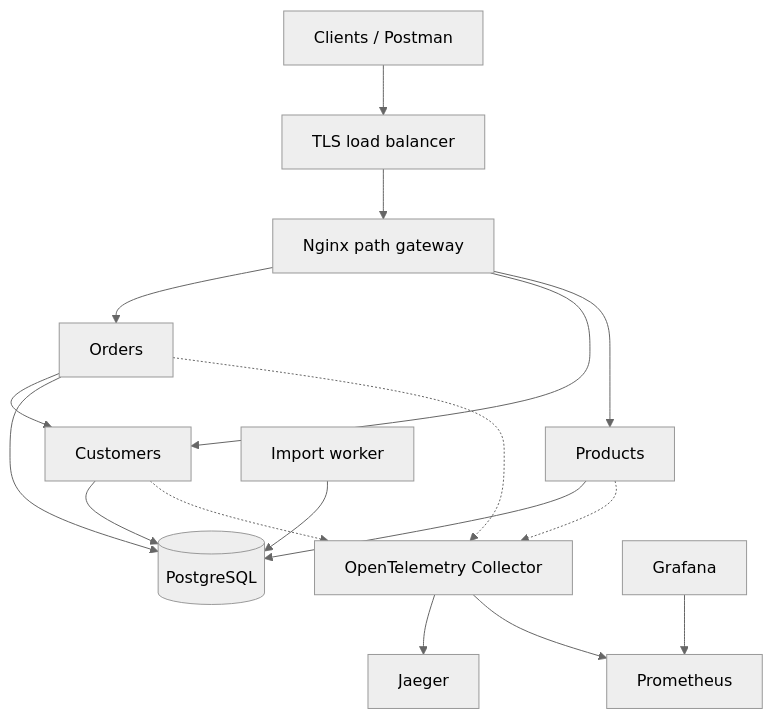
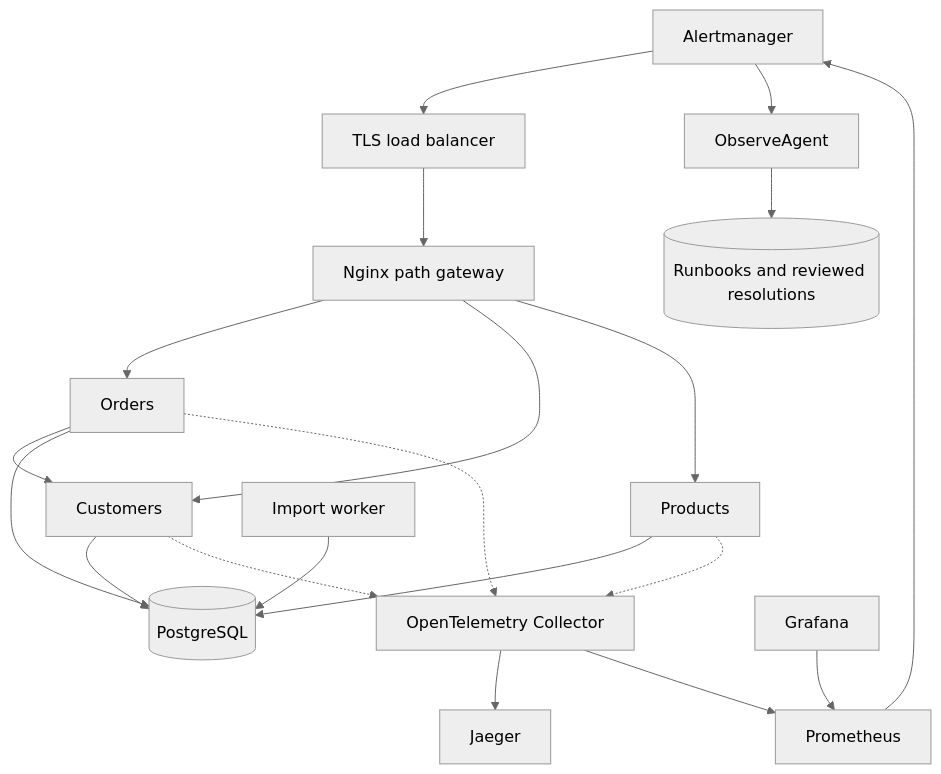
Before and after one commit to sangeetjena/practice: the diagram in API/docs/SYSTEM_DESIGN.md, drawn with Mermaid (neutral theme). The commit also changed other lines of this file, not shown here.

````diff
--- a/API/docs/SYSTEM_DESIGN.md
+++ b/API/docs/SYSTEM_DESIGN.md
@@ -53,19 +53,22 @@
 ```mermaid
 flowchart TD
     A[Clients / Postman] --> B[TLS load balancer]
     B --> C[Nginx path gateway]
     C --> O[Orders]
     C --> U[Customers]
     C --> P[Products]
     O --> U
     O --> D[(PostgreSQL)]
     U --> D
     P --> D
     W[Import worker] --> D
     O -.-> T[OpenTelemetry Collector]
     U -.-> T
     P -.-> T
     T --> J[Jaeger]
     T --> M[Prometheus]
     G[Grafana] --> M
+    M --> A[Alertmanager]
+    A --> OA[ObserveAgent]
+    OA --> KB[(Runbooks and reviewed resolutions)]
 ```
````
